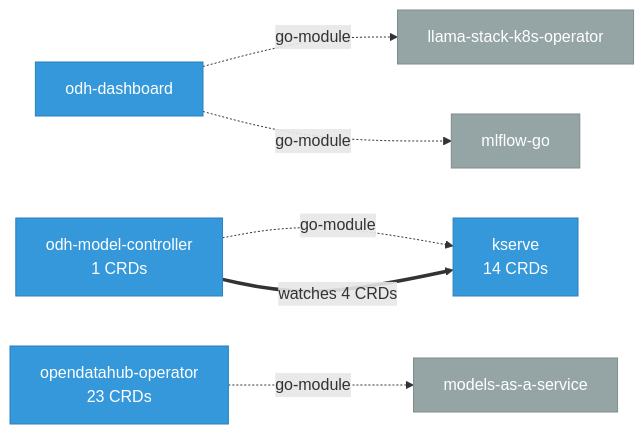
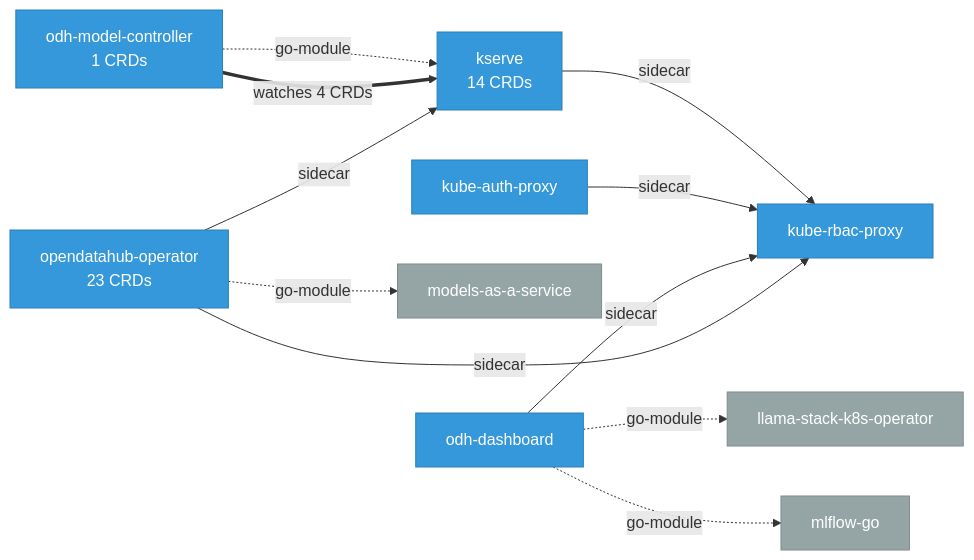
The diagram in site/docs/rhoai-platform/index.md (ugiordan/architecture-analyzer), drawn with Mermaid before and after one commit. The commit also changed other lines of this file and 4 other files, not shown here.

````diff
--- a/site/docs/rhoai-platform/index.md
+++ b/site/docs/rhoai-platform/index.md
@@ -18,19 +18,26 @@
 ```mermaid
 graph LR
     classDef internal fill:#3498db,stroke:#2980b9,color:#fff
     classDef external fill:#95a5a6,stroke:#7f8c8d,color:#fff
 
     kserve["kserve\n14 CRDs"]:::internal
+    kube_auth_proxy["kube-auth-proxy"]:::internal
+    kube_rbac_proxy["kube-rbac-proxy"]:::internal
     llama_stack_k8s_operator["llama-stack-k8s-operator"]:::external
     mlflow_go["mlflow-go"]:::external
     models_as_a_service["models-as-a-service"]:::external
     odh_dashboard["odh-dashboard"]:::internal
     odh_model_controller["odh-model-controller\n1 CRDs"]:::internal
     opendatahub_operator["opendatahub-operator\n23 CRDs"]:::internal
 
     odh_dashboard -.->|"go-module"| llama_stack_k8s_operator
     odh_dashboard -.->|"go-module"| mlflow_go
     odh_model_controller -.->|"go-module"| kserve
     odh_model_controller ==>|"watches 4 CRDs"| kserve
     opendatahub_operator -.->|"go-module"| models_as_a_service
+    kserve -->|"sidecar"| kube_rbac_proxy
+    kube_auth_proxy -->|"sidecar"| kube_rbac_proxy
+    odh_dashboard -->|"sidecar"| kube_rbac_proxy
+    opendatahub_operator -->|"sidecar"| kube_rbac_proxy
+    opendatahub_operator -->|"sidecar"| kserve
 ```
````
